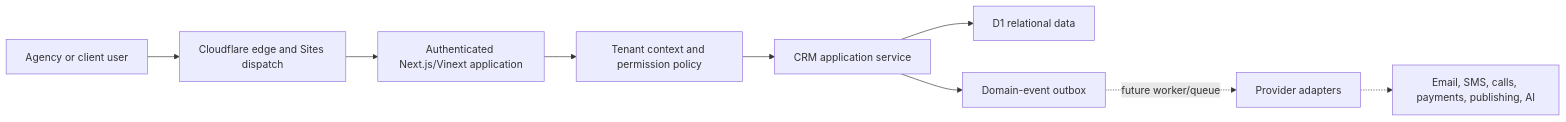
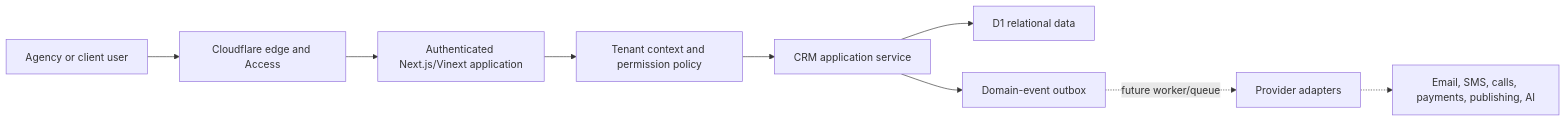
One commit to brizuelaleads/BrizBuilder- changed the diagram in docs/ARCHITECTURE.md. Above: the diagram before and after it, drawn with Mermaid. The commit also changed other lines of this file and 22 other files, not shown here.

````diff
--- a/docs/ARCHITECTURE.md
+++ b/docs/ARCHITECTURE.md
@@ -7,11 +7,11 @@
 ```mermaid
 flowchart LR
-    U["Agency or client user"] --> E["Cloudflare edge and Sites dispatch"]
+    U["Agency or client user"] --> E["Cloudflare edge and Access"]
     E --> A["Authenticated Next.js/Vinext application"]
     A --> P["Tenant context and permission policy"]
     P --> C["CRM application service"]
     C --> D["D1 relational data"]
     C --> O["Domain-event outbox"]
     O -. "future worker/queue" .-> I["Provider adapters"]
     I -.-> X["Email, SMS, calls, payments, publishing, AI"]
 ```
````
